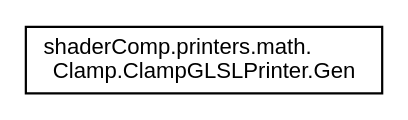
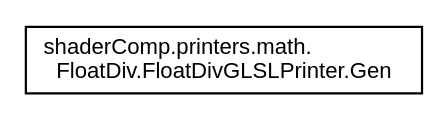
One commit to Hiestaa/ShaderComp changed the diagram in Tutorial/documentation/inherit_graph_21.dot. Above: the diagram before and after it, drawn with Graphviz. The commit also changed 369 other files, not shown here.

```diff
--- a/Tutorial/documentation/inherit_graph_21.dot
+++ b/Tutorial/documentation/inherit_graph_21.dot
@@ -1,7 +1,7 @@
 digraph "Graphical Class Hierarchy"
 {
   edge [fontname="Helvetica",fontsize="10",labelfontname="Helvetica",labelfontsize="10"];
   node [fontname="Helvetica",fontsize="10",shape=record];
   rankdir="LR";
-  Node1 [label="shaderComp.printers.math.\lClamp.ClampGLSLPrinter.Gen",height=0.2,width=0.4,color="black", fillcolor="white", style="filled",URL="$classshader_comp_1_1printers_1_1math_1_1_clamp_1_1_clamp_g_l_s_l_printer_1_1_gen.html"];
+  Node1 [label="shaderComp.printers.math.\lFloatDiv.FloatDivGLSLPrinter.Gen",height=0.2,width=0.4,color="black", fillcolor="white", style="filled",URL="$classshader_comp_1_1printers_1_1math_1_1_float_div_1_1_float_div_g_l_s_l_printer_1_1_gen.html"];
 }
```
